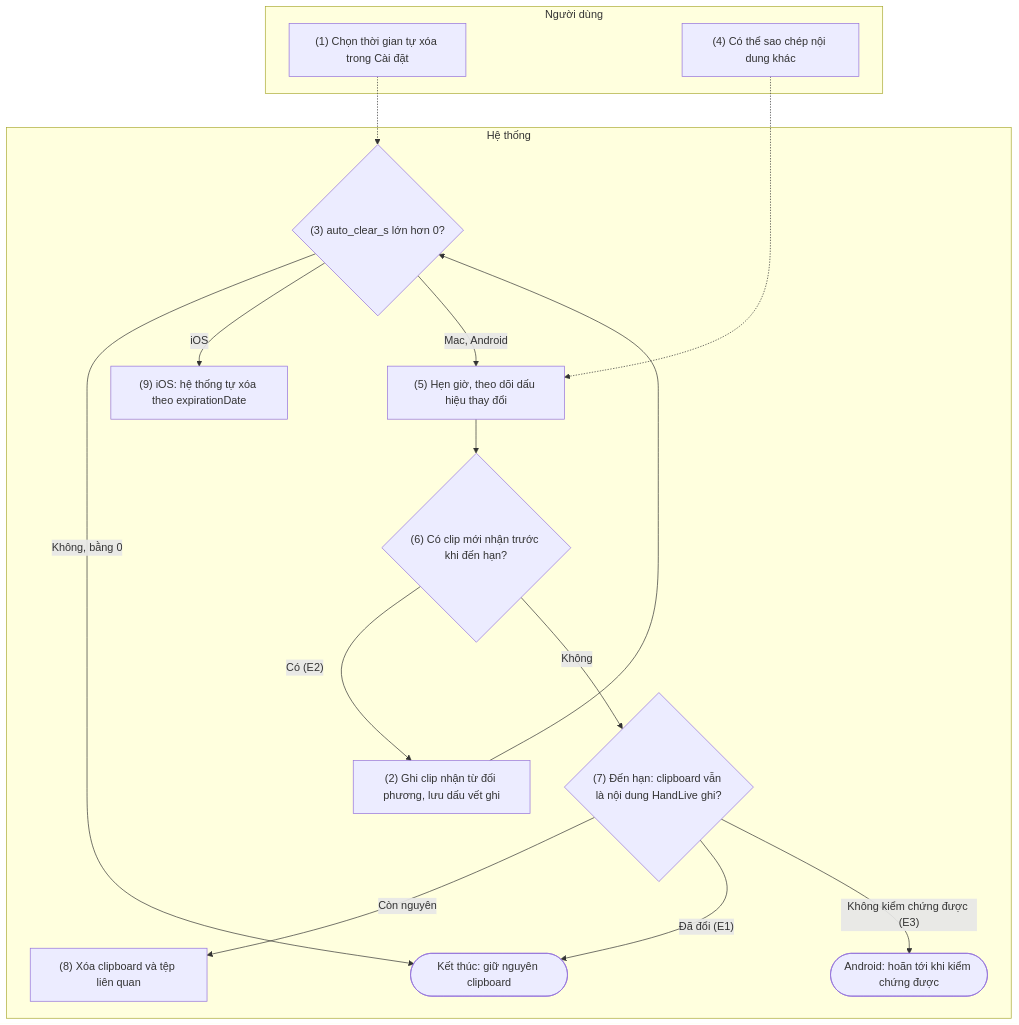
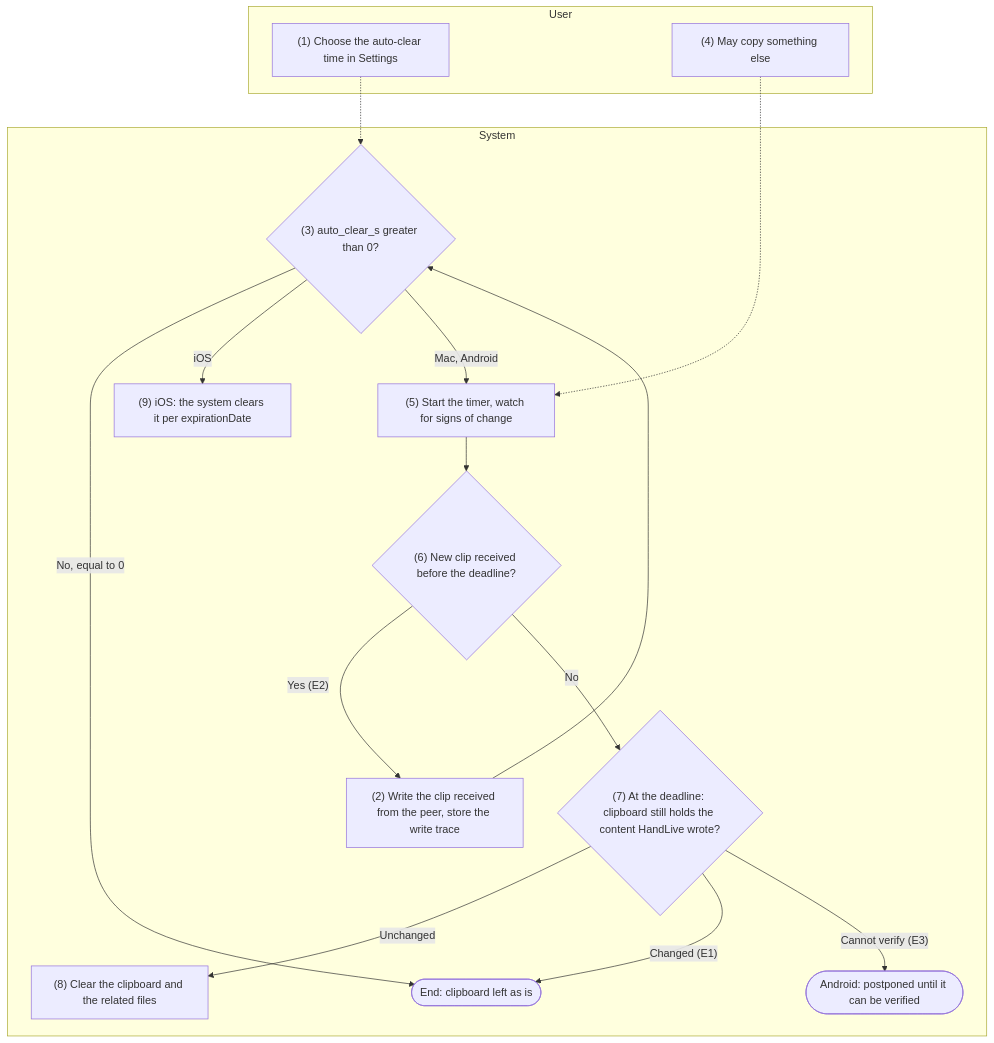
One commit to HandLive/handlive changed the fifth of 5 diagrams in docs/detailed-design/04-clipboard.md. Above: the diagram before and after it, drawn with Mermaid. The commit also changed other lines of this file and 1 other file, not shown here.

Commit message:
docs: translate docs/detailed-design/04-clipboard.md into English

````diff
--- a/docs/detailed-design/04-clipboard.md
+++ b/docs/detailed-design/04-clipboard.md
@@ -1371,29 +1397,29 @@
 ```mermaid
 flowchart TB
-  subgraph ND["Người dùng"]
-    U1["(1) Chọn thời gian tự xóa trong Cài đặt"]
-    U4["(4) Có thể sao chép nội dung khác"]
+  subgraph ND["User"]
+    U1["(1) Choose the auto-clear time in Settings"]
+    U4["(4) May copy something else"]
   end
-  subgraph HT["Hệ thống"]
-    S2["(2) Ghi clip nhận từ đối phương, lưu dấu vết ghi"]
-    D3{"(3) auto_clear_s lớn hơn 0?"}
-    S5["(5) Hẹn giờ, theo dõi dấu hiệu thay đổi"]
-    D6{"(6) Có clip mới nhận trước khi đến hạn?"}
-    D7{"(7) Đến hạn: clipboard vẫn là nội dung HandLive ghi?"}
-    S8["(8) Xóa clipboard và tệp liên quan"]
-    S9["(9) iOS: hệ thống tự xóa theo expirationDate"]
-    X1(["Kết thúc: giữ nguyên clipboard"])
-    X2(["Android: hoãn tới khi kiểm chứng được"])
+  subgraph HT["System"]
+    S2["(2) Write the clip received from the peer, store the write trace"]
+    D3{"(3) auto_clear_s greater than 0?"}
+    S5["(5) Start the timer, watch for signs of change"]
+    D6{"(6) New clip received before the deadline?"}
+    D7{"(7) At the deadline: clipboard still holds the content HandLive wrote?"}
+    S8["(8) Clear the clipboard and the related files"]
+    S9["(9) iOS: the system clears it per expirationDate"]
+    X1(["End: clipboard left as is"])
+    X2(["Android: postponed until it can be verified"])
   end
   U1 -.-> D3
   S2 --> D3
-  D3 -- "Không, bằng 0" --> X1
+  D3 -- "No, equal to 0" --> X1
   D3 -- "iOS" --> S9
   D3 -- "Mac, Android" --> S5 --> D6
   U4 -.-> S5
-  D6 -- "Có (E2)" --> S2
-  D6 -- "Không" --> D7
-  D7 -- "Còn nguyên" --> S8
-  D7 -- "Đã đổi (E1)" --> X1
-  D7 -- "Không kiểm chứng được (E3)" --> X2
+  D6 -- "Yes (E2)" --> S2
+  D6 -- "No" --> D7
+  D7 -- "Unchanged" --> S8
+  D7 -- "Changed (E1)" --> X1
+  D7 -- "Cannot verify (E3)" --> X2
 ```
````
